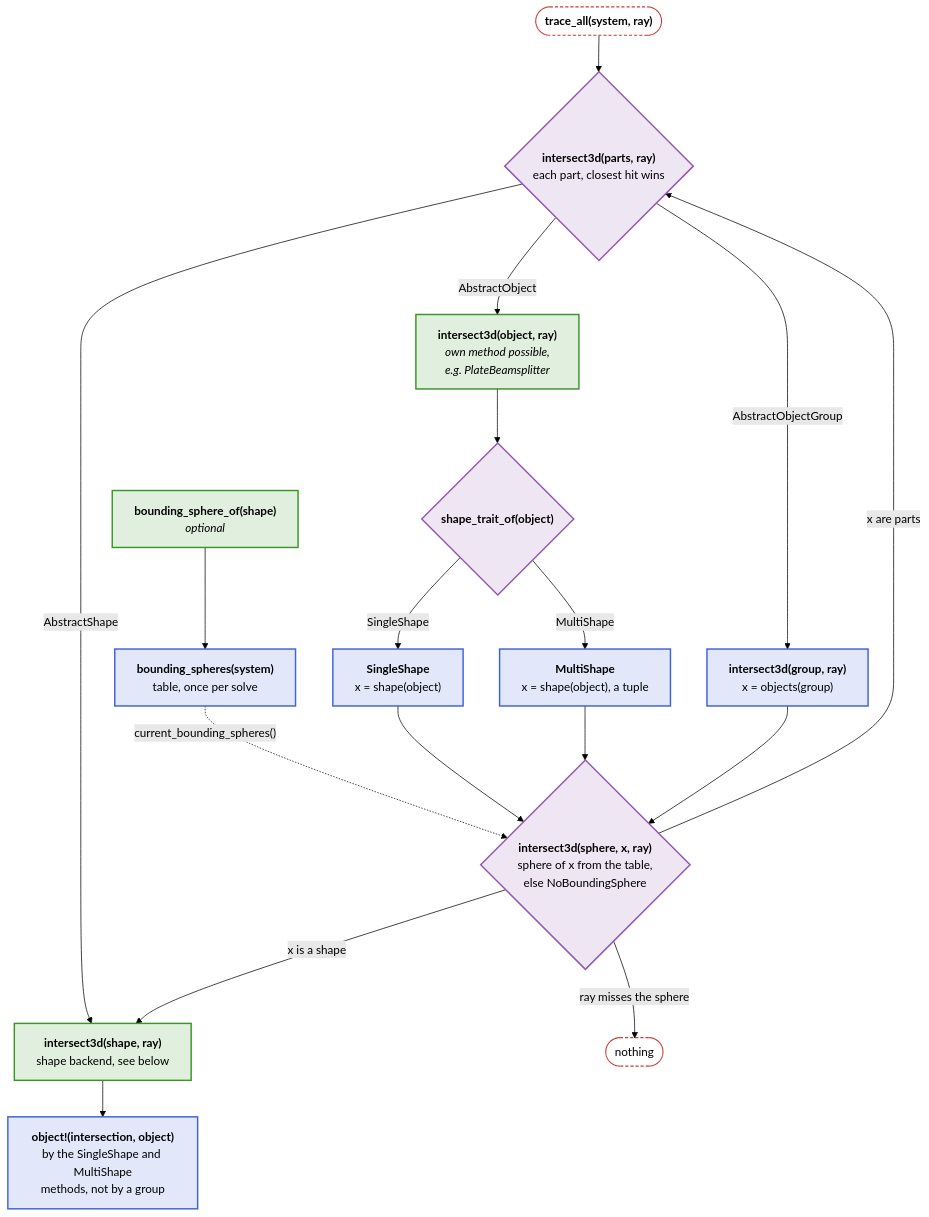
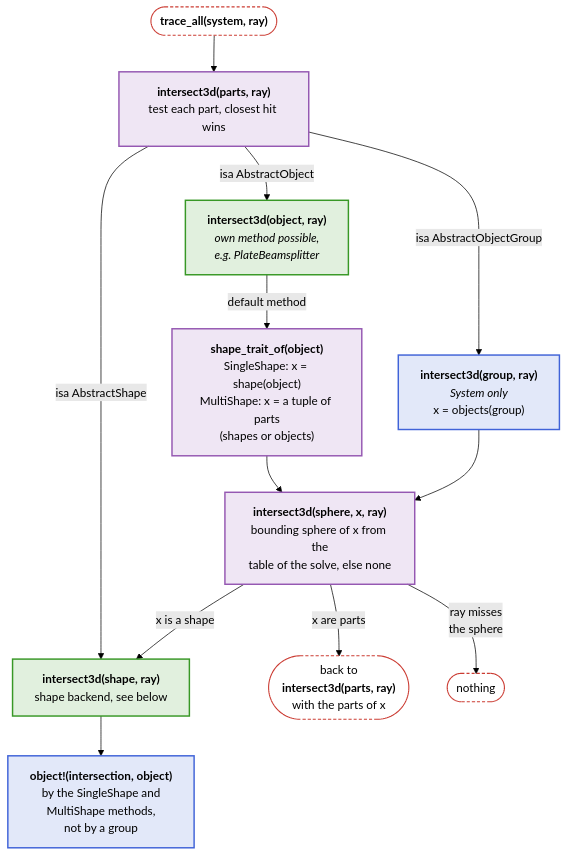
One commit to JuliaPhysics/BeamletOptics.jl changed the second of 6 diagrams in docs/src/api/core.md. Above: the diagram before and after it, drawn with Mermaid (forest theme). The commit also changed other lines of this file and 94 other files, not shown here.

````diff
--- a/docs/src/api/core.md
+++ b/docs/src/api/core.md
@@ -62,40 +63,34 @@
 ```mermaid
 flowchart TB
     TA(["<b>trace_all(system, ray)</b>"])
-    BSO["<b>bounding_sphere_of(shape)</b><br/><i>optional</i>"]
-    TBL["<b>bounding_spheres(system)</b><br/>table, once per solve"]
-    P{"<b>intersect3d(parts, ray)</b><br/>each part, closest hit wins"}
-    G["<b>intersect3d(group, ray)</b><br/>x = objects(group)"]
+    P["<b>intersect3d(parts, ray)</b><br/>test each part, closest hit wins"]
+    G["<b>intersect3d(group, ray)</b><br/><i>System only</i><br/>x = objects(group)"]
     OJ["<b>intersect3d(object, ray)</b><br/><i>own method possible,<br/>e.g. PlateBeamsplitter</i>"]
-    T{"<b>shape_trait_of(object)</b>"}
-    SS["<b>SingleShape</b><br/>x = shape(object)"]
-    MS["<b>MultiShape</b><br/>x = shape(object), a tuple"]
-    PT{"<b>intersect3d(sphere, x, ray)</b><br/>sphere of x from the table,<br/>else NoBoundingSphere"}
+    T["<b>shape_trait_of(object)</b><br/>SingleShape: x = shape(object)<br/>MultiShape: x = a tuple of parts<br/>(shapes or objects)"]
+    PT["<b>intersect3d(sphere, x, ray)</b><br/>bounding sphere of x from the<br/>table of the solve, else none"]
     SH["<b>intersect3d(shape, ray)</b><br/>shape backend, see below"]
-    OBJ["<b>object!(intersection, object)</b><br/>by the SingleShape and MultiShape<br/>methods, not by a group"]
+    OBJ["<b>object!(intersection, object)</b><br/>by the SingleShape and<br/>MultiShape methods,<br/>not by a group"]
+    AGAIN(["back to<br/><b>intersect3d(parts, ray)</b><br/>with the parts of x"])
     MISS(["nothing"])
 
-    BSO --> TBL
-    TBL -. "current_bounding_spheres()" .-> PT
     TA --> P
-    P -- "AbstractObjectGroup" --> G
-    P -- "AbstractObject" --> OJ
-    P -- "AbstractShape" --> SH
-    OJ --> T
-    T -- SingleShape --> SS --> PT
-    T -- MultiShape --> MS --> PT
+    P -- "isa AbstractObject" --> OJ
+    P -- "isa AbstractObjectGroup" --> G
+    P -- "isa AbstractShape" --> SH
+    OJ -- "default method" --> T
+    T --> PT
     G --> PT
-    PT -- "ray misses the sphere" --> MISS
     PT -- "x is a shape" --> SH
-    PT -- "x are parts" --> P
+    PT -- "x are parts" --> AGAIN
+    PT -- "ray misses<br/>the sphere" --> MISS
     SH --> OBJ
 
     classDef blue fill:#4063D826,stroke:#4063D8,stroke-width:2px
     classDef green fill:#38982626,stroke:#389826,stroke-width:2px
     classDef purple fill:#9558B226,stroke:#9558B2,stroke-width:2px
     classDef terminal fill:transparent,stroke:#CB3C33,stroke-width:1.5px,stroke-dasharray:4 3
-    class TBL,G,SS,MS,OBJ blue
-    class BSO,OJ,SH green
+    class G,OBJ blue
+    class OJ,SH green
     class P,T,PT purple
-    class TA,MISS terminal
+    class TA,AGAIN,MISS terminal
 ```
````
